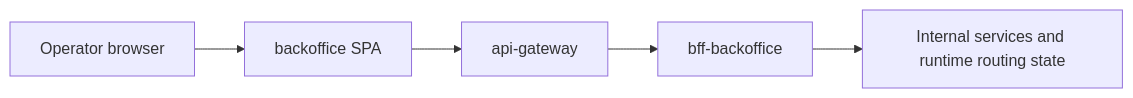
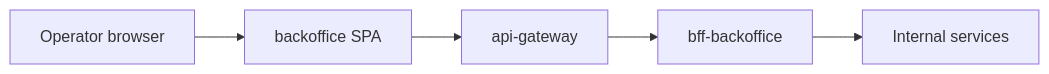
Before and after one commit to AxiomNode/Backoffice: the diagram in README.md, drawn with Mermaid. The commit also changed other lines of this file and 13 other files, not shown here.

````diff
--- a/README.md
+++ b/README.md
@@ -17,7 +17,7 @@
 ```mermaid
 flowchart LR
 	Operator[Operator browser] --> Backoffice[backoffice SPA]
 	Backoffice --> Gateway[api-gateway]
 	Gateway --> BFF[bff-backoffice]
-	BFF --> Services[Internal services and runtime routing state]
+	BFF --> Services[Internal services]
 ```
````
